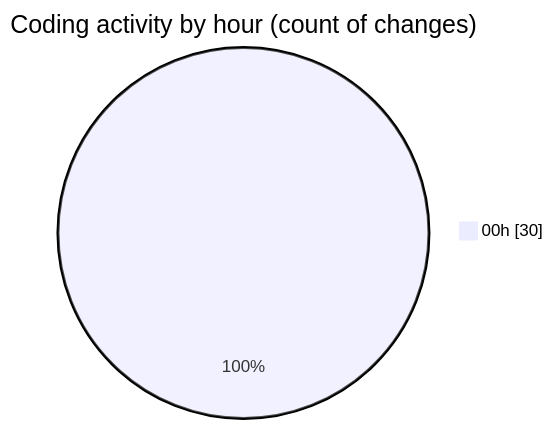
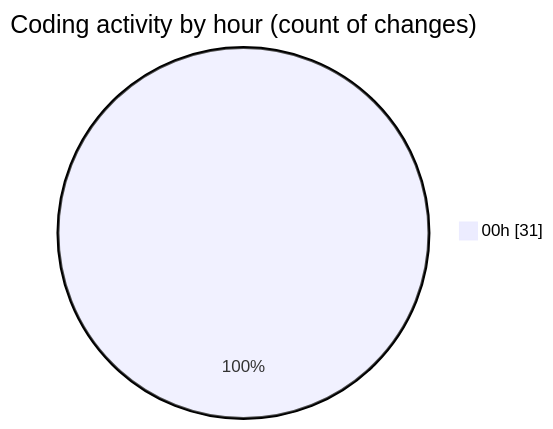
Before and after one commit to lephambinh05/code-tracking: the second of 2 diagrams in 2025-08-03/studybuddy/README.md, drawn with Mermaid. The commit also changed other lines of this file and 1 other file, not shown here.

````diff
--- a/2025-08-03/studybuddy/README.md
+++ b/2025-08-03/studybuddy/README.md
@@ -44,5 +45,5 @@
 ```mermaid
 pie showData
 title Coding activity by hour (count of changes)
-"00h" : 30
+"00h" : 31
 ```
````
